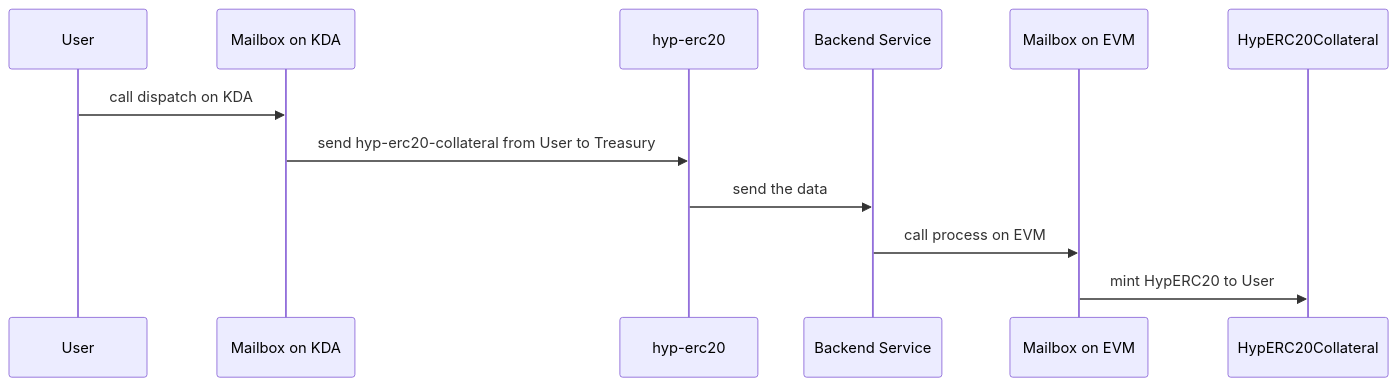
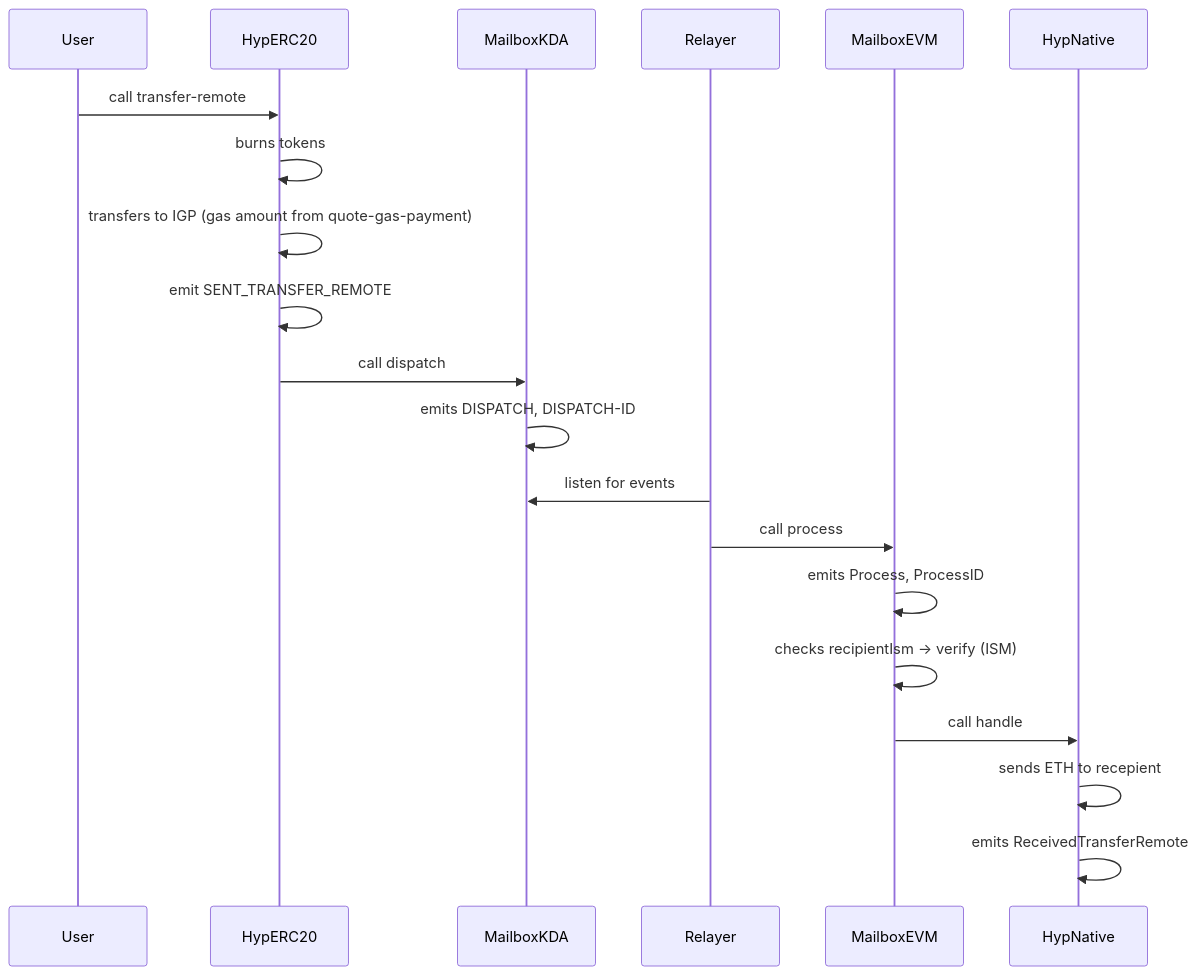
The fifth of 8 diagrams in docs/bridge-flow.md (RastkoDev/smart-contracts), drawn with Mermaid before and after one commit. The commit also changed other lines of this file, not shown here.

Commit message:
docs: update bridge flow documentation with detailed sequence diagrams

````diff
--- a/docs/bridge-flow.md
+++ b/docs/bridge-flow.md
@@ -45,15 +124,24 @@
 ```mermaid
 sequenceDiagram
-    participant U as User
-    participant MKDA as Mailbox on KDA
-    participant KDA as hyp-erc20
-    participant BE as Backend Service
-    participant MEVM as Mailbox on EVM
-    participant EVM as HypERC20Collateral
+    participant User
+    participant HypERC20KDA as HypERC20
+    participant MailboxKDA as MailboxKDA
+    participant Relayer
+    participant MailboxETH as MailboxEVM
+    participant HypNative as HypNative
 
-    U->>MKDA: call dispatch on KDA
-    MKDA->>KDA: send hyp-erc20-collateral from User to Treasury
-    KDA->>BE: send the data
-    BE->>MEVM: call process on EVM
-    MEVM->>EVM: mint HypERC20 to User
+    User->>HypERC20KDA: call transfer-remote
+    HypERC20KDA->>HypERC20KDA: burns tokens
+    HypERC20KDA->>HypERC20KDA: transfers to IGP (gas amount from quote-gas-payment)
+    HypERC20KDA->>HypERC20KDA: emit SENT_TRANSFER_REMOTE
+
+    HypERC20KDA->>MailboxKDA: call dispatch
+    MailboxKDA->>MailboxKDA: emits DISPATCH, DISPATCH-ID
+    Relayer->>MailboxKDA: listen for events
+    Relayer->>MailboxETH: call process
+    MailboxETH->>MailboxETH: emits Process, ProcessID
+    MailboxETH->>MailboxETH: checks recipientIsm -> verify (ISM)
+    MailboxETH->>HypNative: call handle
+    HypNative->>HypNative: sends ETH to recepient
+    HypNative->>HypNative: emits ReceivedTransferRemote
 ```
````
